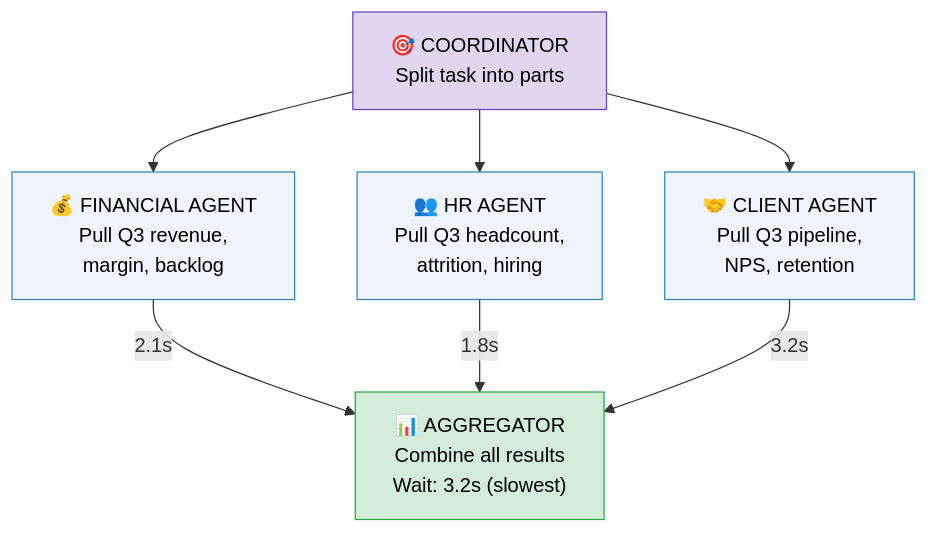
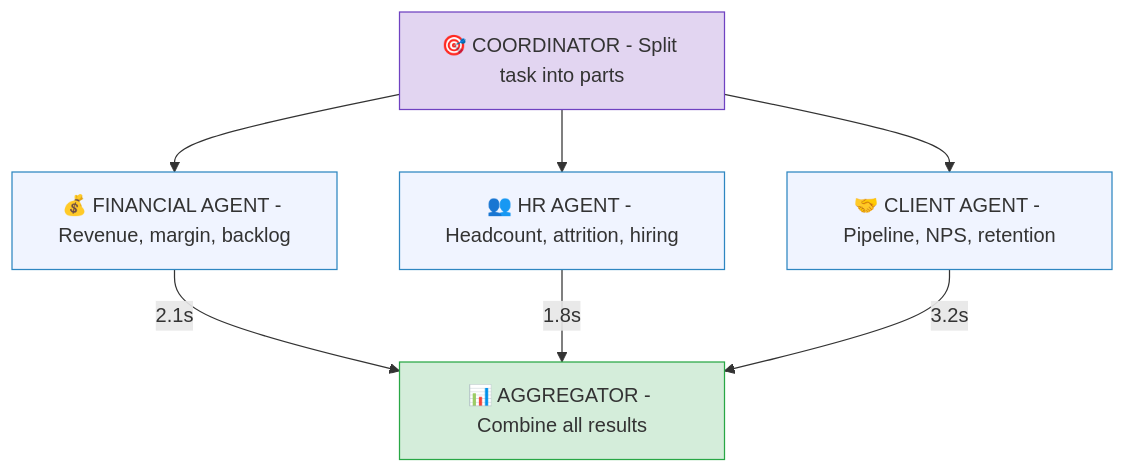
The third of 8 diagrams in docs/09-orchestration-patterns.md (ithinktavo/GenAI-Engineering-Handbook), drawn with Mermaid before and after one commit. The commit also changed other lines of this file and 9 other files, not shown here.

First line of the commit message:
Fix Mermaid rendering: remove emoji from subgraph titles and unsupported syntax

````diff
--- a/docs/09-orchestration-patterns.md
+++ b/docs/09-orchestration-patterns.md
@@ -77,19 +77,19 @@
 ```mermaid
 graph TD
-    Coord["🎯 COORDINATOR\nSplit task into parts"]
-    Fin["💰 FINANCIAL AGENT\nPull Q3 revenue,\nmargin, backlog"]
-    HR["👥 HR AGENT\nPull Q3 headcount,\nattrition, hiring"]
-    Client["🤝 CLIENT AGENT\nPull Q3 pipeline,\nNPS, retention"]
-    Agg["📊 AGGREGATOR\nCombine all results\nWait: 3.2s (slowest)"]
+    Coord["🎯 COORDINATOR - Split task into parts"]
+    Fin["💰 FINANCIAL AGENT - Revenue, margin, backlog"]
+    HR["👥 HR AGENT - Headcount, attrition, hiring"]
+    Client["🤝 CLIENT AGENT - Pipeline, NPS, retention"]
+    Agg["📊 AGGREGATOR - Combine all results"]
 
     Coord --> Fin & HR & Client
     Fin -- "2.1s" --> Agg
     HR -- "1.8s" --> Agg
     Client -- "3.2s" --> Agg
 
-    style Coord fill:#e2d5f1,stroke:#6f42c1,color:#000
-    style Fin fill:#f0f4ff,stroke:#2E86C1,color:#000
-    style HR fill:#f0f4ff,stroke:#2E86C1,color:#000
-    style Client fill:#f0f4ff,stroke:#2E86C1,color:#000
-    style Agg fill:#d4edda,stroke:#28a745,color:#000
+    style Coord fill:#e2d5f1,stroke:#6f42c1
+    style Fin fill:#f0f4ff,stroke:#2E86C1
+    style HR fill:#f0f4ff,stroke:#2E86C1
+    style Client fill:#f0f4ff,stroke:#2E86C1
+    style Agg fill:#d4edda,stroke:#28a745
 ```
````
